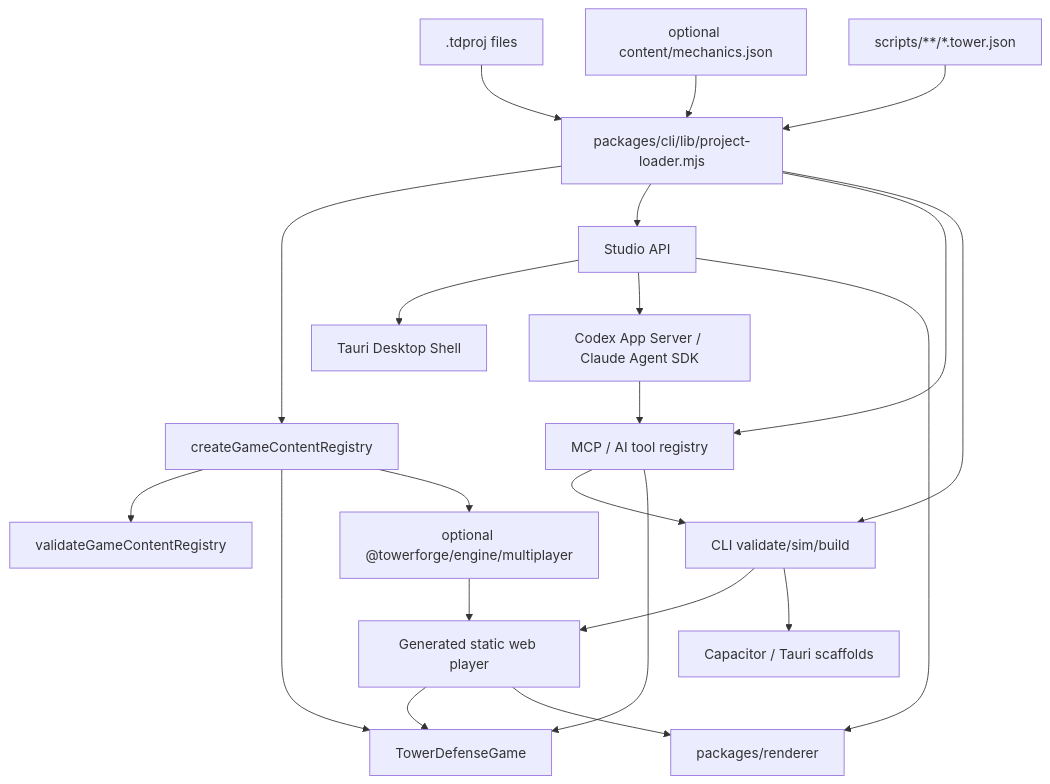
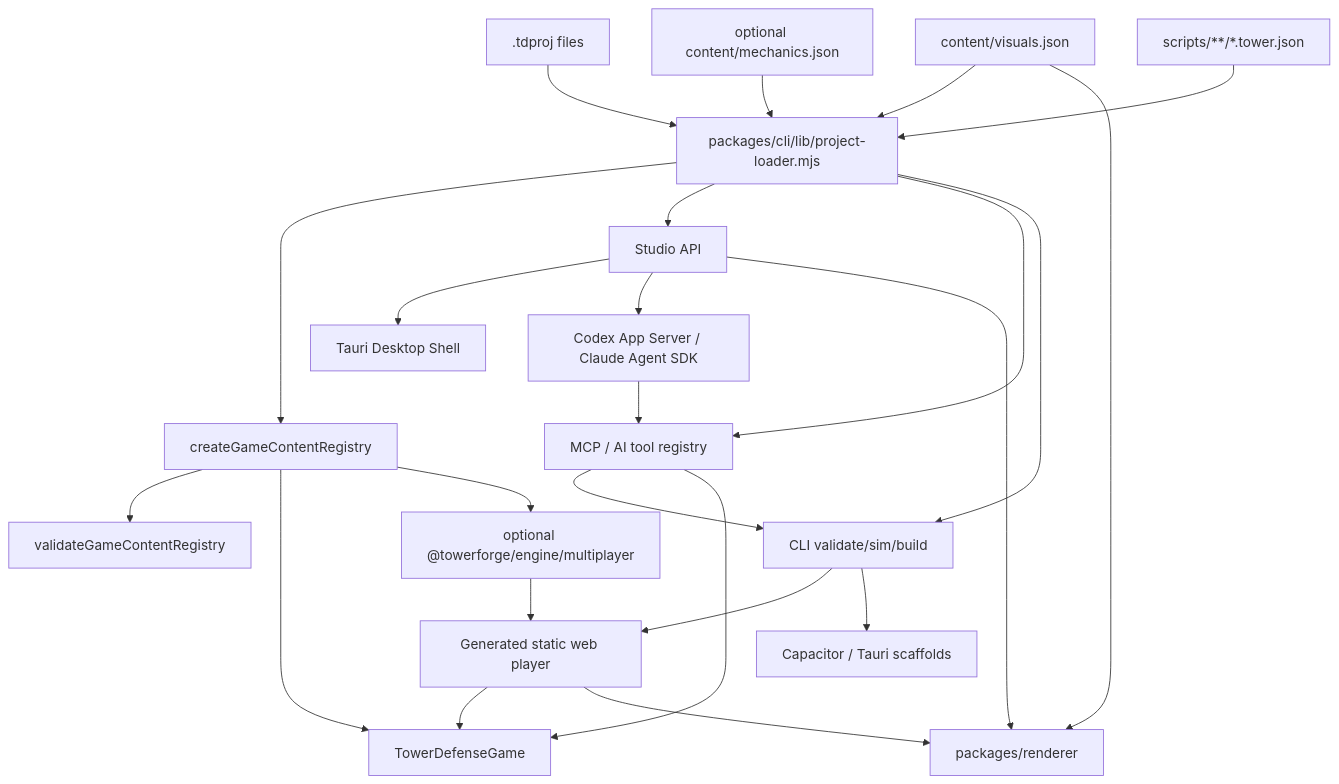
One commit to Lindforge-Studios/TowerForge changed the diagram in ARCHITECTURE.md. Above: the diagram before and after it, drawn with Mermaid. The commit also changed other lines of this file and 43 other files, not shown here.

````diff
--- a/ARCHITECTURE.md
+++ b/ARCHITECTURE.md
@@ -47,24 +47,26 @@
 ```mermaid
 flowchart TD
   Project[".tdproj files"] --> Loader["packages/cli/lib/project-loader.mjs"]
   Mechanics["optional content/mechanics.json"] --> Loader
+  Visuals["content/visuals.json"] --> Loader
   Scripts["scripts/**/*.tower.json"] --> Loader
   Loader --> Registry["createGameContentRegistry"]
   Registry --> Validate["validateGameContentRegistry"]
   Registry --> Sim["TowerDefenseGame"]
   Registry --> Match["optional @towerforge/engine/multiplayer"]
   Loader --> Studio["Studio API"]
   Studio --> Desktop["Tauri Desktop Shell"]
   Loader --> MCP["MCP / AI tool registry"]
   Studio --> Runtime["Codex App Server / Claude Agent SDK"]
   Runtime --> MCP
   Loader --> CLI["CLI validate/sim/build"]
   CLI --> Player["Generated static web player"]
   Match --> Player
   CLI --> Package["Capacitor / Tauri scaffolds"]
   MCP --> CLI
   MCP --> Sim
   Player --> Sim
   Player --> Renderer["packages/renderer"]
   Studio --> Renderer
+  Visuals --> Renderer
 ```
````
